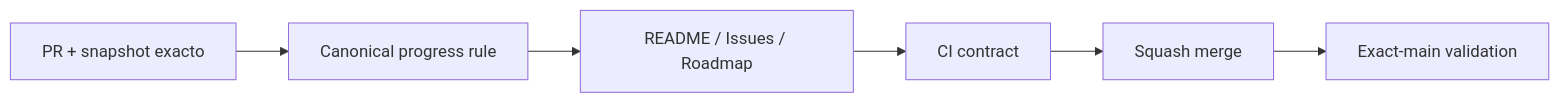
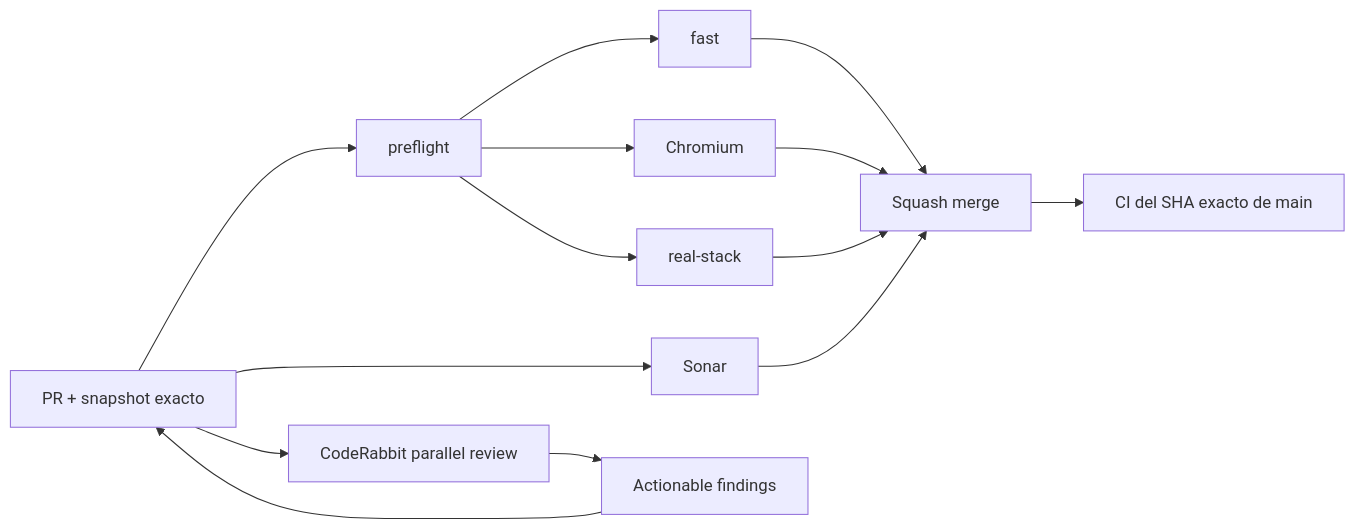
Before and after one commit to pl0n3r/brvtal: the diagram in README.md, drawn with Mermaid. The commit also changed other lines of this file and 19 other files, not shown here.

````diff
--- a/README.md
+++ b/README.md
@@ -48,8 +49,16 @@
 ```mermaid
 flowchart LR
- A["PR + snapshot exacto"] --> R["Canonical progress rule"]
- R --> T["README / Issues / Roadmap"]
- T --> C["CI contract"]
- C --> M["Squash merge"]
- M --> X["Exact-main validation"]
+ A["PR + snapshot exacto"] --> P["preflight"]
+ P --> F["fast"]
+ P --> B["Chromium"]
+ P --> R["real-stack"]
+ A --> S["Sonar"]
+ A --> C["CodeRabbit parallel review"]
+ C --> K["Actionable findings"]
+ K --> A
+ F --> M["Squash merge"]
+ B --> M
+ R --> M
+ S --> M
+ M --> X["CI del SHA exacto de main"]
 ```
````
